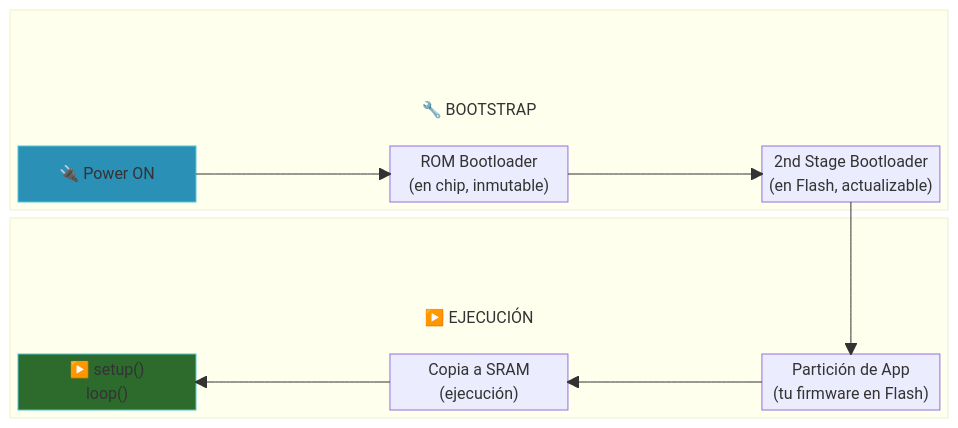
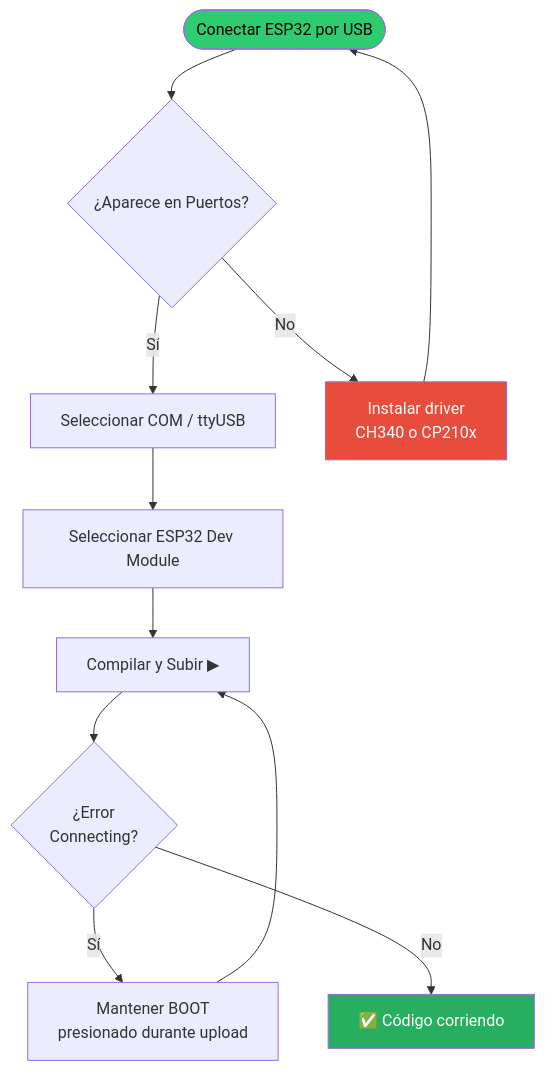
The second of 10 diagrams in slides.md (PepeEdwards/clases-iot), drawn with Mermaid before and after one commit. The commit also changed other lines of this file and 5 other files, not shown here.

````diff
--- a/slides.md
+++ b/slides.md
@@ -712,27 +381,17 @@
-```mermaid {scale: 0.65}
-block-beta
-  columns 5
-  block:bootstrap["🔧 BOOTSTRAP"]:5
-    columns 5
-    space:5
-    space:5
-    A["🔌 Power ON"] space B["ROM Bootloader\n(en chip, inmutable)"] space C["2nd Stage Bootloader\n(en Flash, actualizable)"]
-  end
-  block:exec["▶️ EJECUCIÓN"]:5
-    columns 5
-    space:5
-    space:5
-    F["▶️ setup()\nloop()"] space E["Copia a SRAM\n(ejecución)"] space
-    D["Partición de App\n(tu firmware en Flash)"]
-  end
+```mermaid {scale: 0.62}
+flowchart TD
+    A([Conectar ESP32 por USB]) --> B{¿Aparece en Puertos?}
+    B -->|Sí| C[Seleccionar COM / ttyUSB]
+    B -->|No| D[Instalar driver\nCH340 o CP210x]
+    D --> A
+    C --> E[Seleccionar ESP32 Dev Module]
+    E --> F[Compilar y Subir ▶]
+    F --> G{¿Error\nConnecting?}
+    G -->|Sí| H[Mantener BOOT\npresionado durante upload]
+    G -->|No| I[✅ Código corriendo]
+    H --> F
 
-  A --> B
-  B --> C
-  C --> D
-  D --> E
-  E --> F
-
-  style A fill:#2B90B6,stroke:#4EC5D4,color:#fff
-  style F fill:#2d6b2d,stroke:#4EC5D4,color:#fff
-  style bootstrap display:block,text-align:top;
+    style A fill:#2ecc71,color:#000
+    style I fill:#27ae60,color:#fff
+    style D fill:#e74c3c,color:#fff
 ```
````
